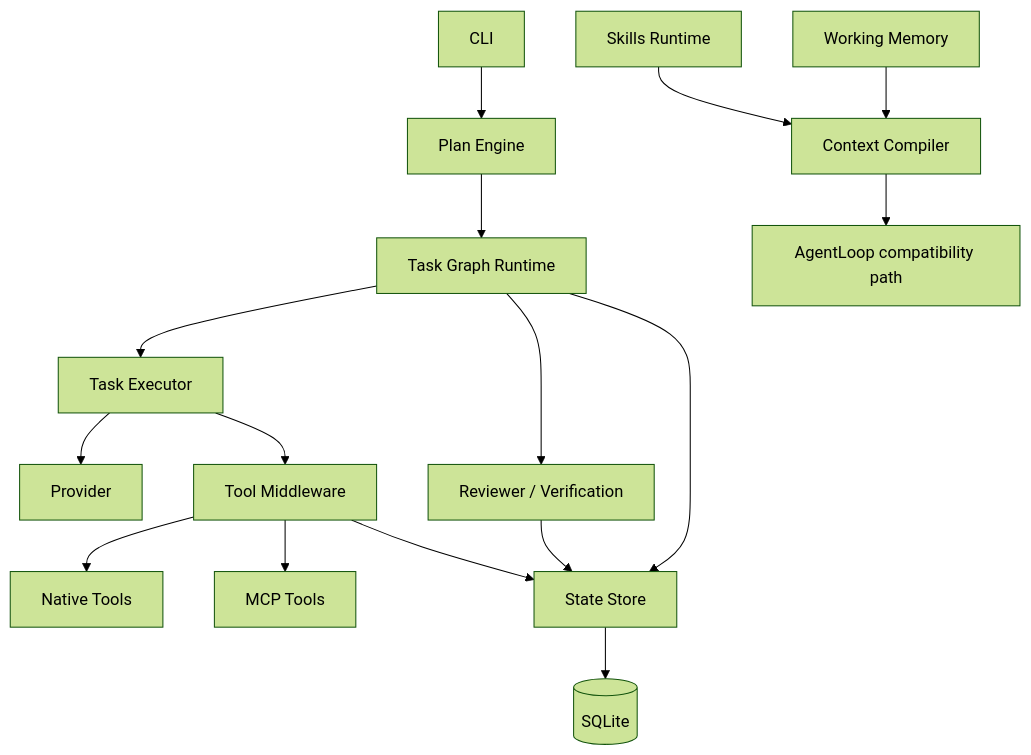
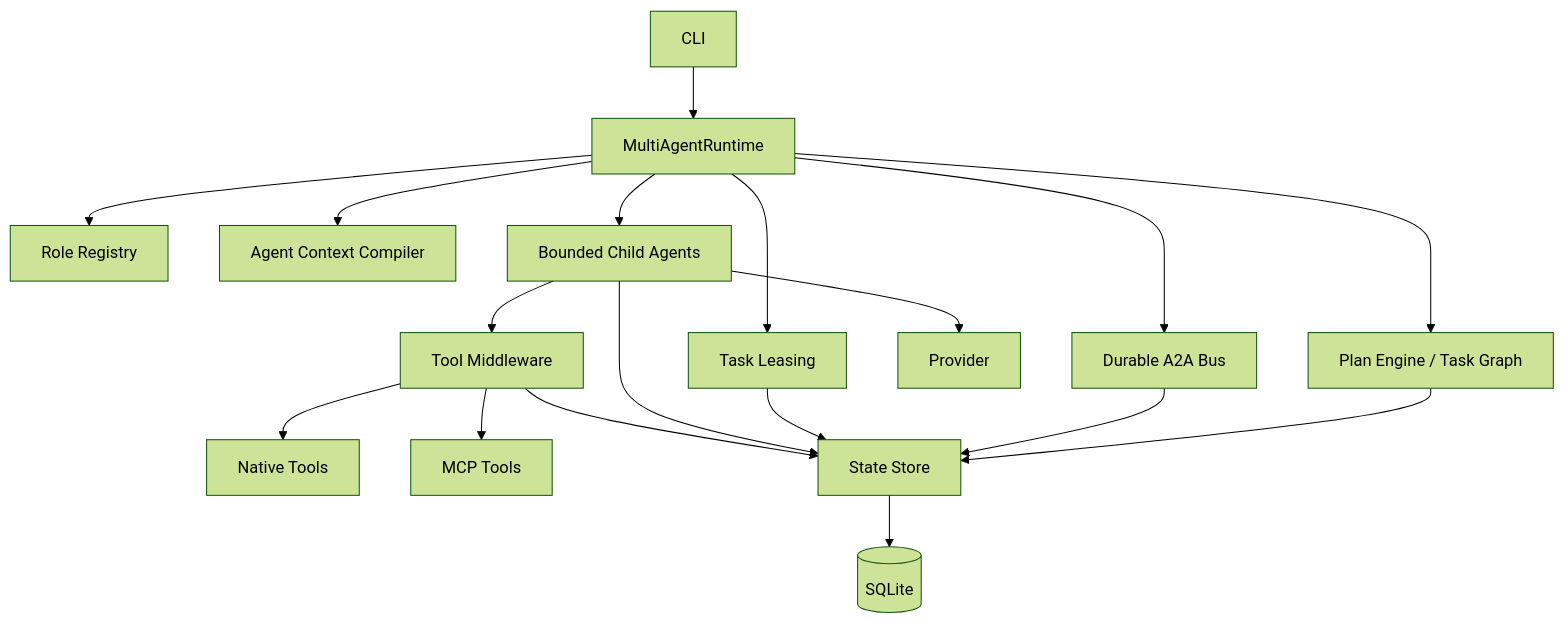
Before and after one commit to JonusNattapong/loom-agent: the first of 2 diagrams in docs/architecture.md, drawn with Mermaid (forest theme). The commit also changed other lines of this file and 21 other files, not shown here.

Commit message:
docs: document Loom V0.4 multi-agent runtime

````diff
--- a/docs/architecture.md
+++ b/docs/architecture.md
@@ -11,18 +11,16 @@
 ```mermaid
 flowchart TD
-  CLI[CLI] --> Plan[Plan Engine]
-  Plan --> Graph[Task Graph Runtime]
-  Graph --> Executor[Task Executor]
-  Graph --> Reviewer[Reviewer / Verification]
-  Executor --> Provider[Provider]
-  Executor --> Middleware[Tool Middleware]
-  Middleware --> Native[Native Tools]
-  Middleware --> MCP[MCP Tools]
-  Graph --> State[State Store]
-  Middleware --> State
-  Reviewer --> State
+  CLI[CLI] --> Coordinator[MultiAgentRuntime]
+  Coordinator --> Plan[Plan Engine / Task Graph]
+  Coordinator --> Roles[Role Registry]
+  Coordinator --> Context[Agent Context Compiler]
+  Coordinator --> Bus[Durable A2A Bus]
+  Coordinator --> Lease[Task Leasing]
+  Coordinator --> Children[Bounded Child Agents]
+  Children --> Provider[Provider]
+  Children --> Tools[Tool Middleware]
+  Tools --> Native[Native Tools]
+  Tools --> MCP[MCP Tools]
+  Plan & Bus & Lease & Children & Tools --> State[State Store]
   State --> SQLite[(SQLite)]
-  Skills[Skills Runtime] --> Context[Context Compiler]
-  Memory[Working Memory] --> Context
-  Context --> Legacy[AgentLoop compatibility path]
 ```
````
